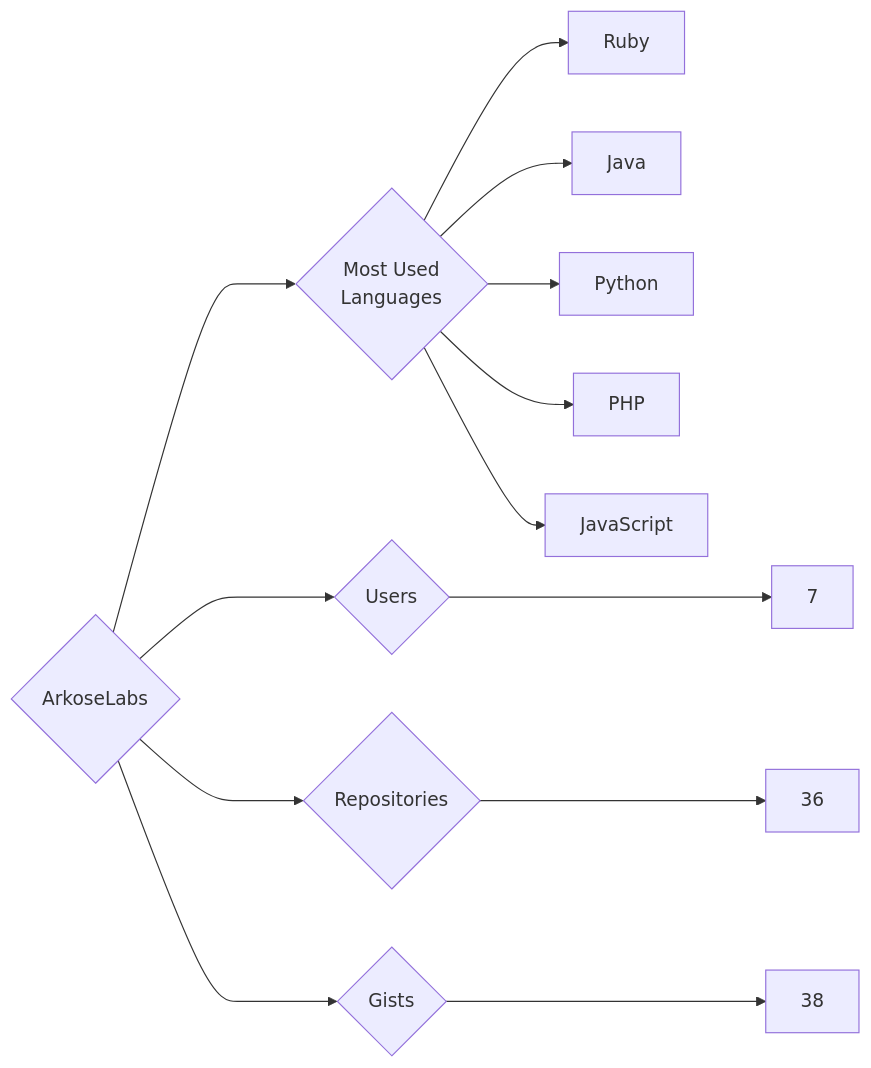
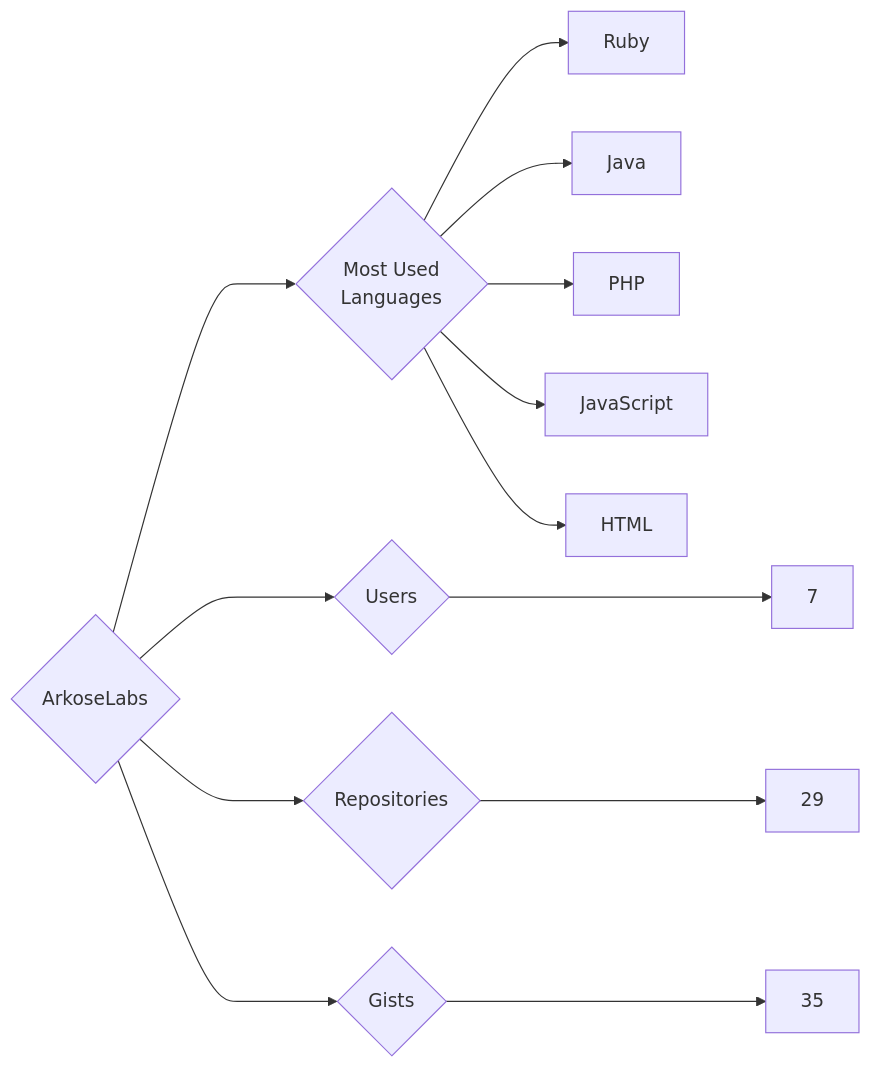
Before and after one commit to trickest/insiders: the diagram in targets/ArkoseLabs/README.md, drawn with Mermaid. The commit also changed 1123 other files, not shown here.

````diff
--- a/targets/ArkoseLabs/README.md
+++ b/targets/ArkoseLabs/README.md
@@ -3,13 +3,13 @@
 ```mermaid
 graph LR
 COMPANY_NAME{ArkoseLabs}
 COMPANY_NAME ---> U{Users} ---> UN[7]
-COMPANY_NAME ---> R{Repositories} ---> RN[36]
-COMPANY_NAME ---> G{Gists} ---> GN[38]
+COMPANY_NAME ---> R{Repositories} ---> RN[29]
+COMPANY_NAME ---> G{Gists} ---> GN[35]
 COMPANY_NAME ---> ML{Most Used<br>Languages}
 ML --> Ruby[Ruby]
 ML --> Java[Java]
-ML --> Python[Python]
 ML --> PHP[PHP]
 ML --> JavaScript[JavaScript]
+ML --> HTML[HTML]
 ```
````
